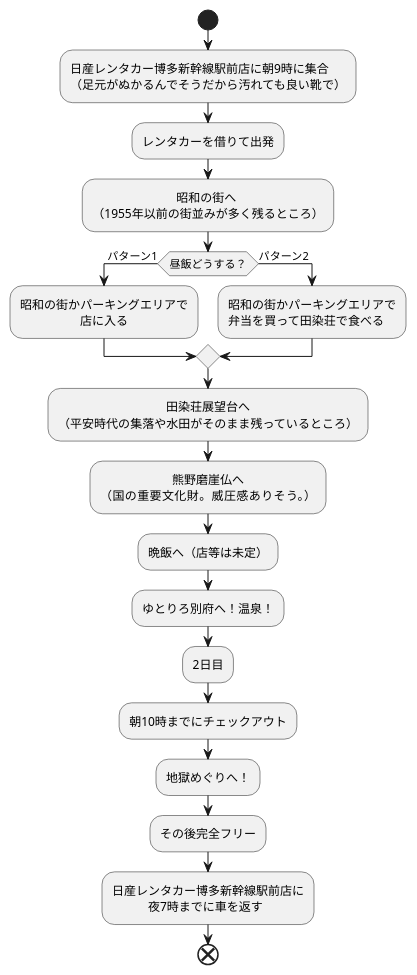
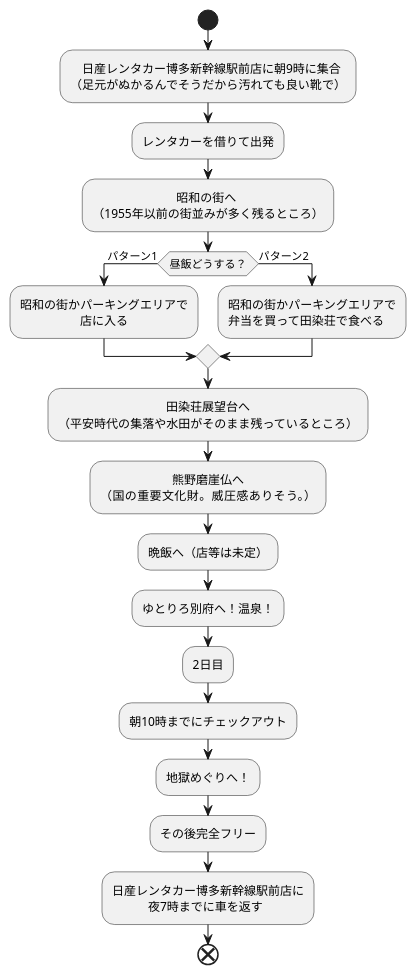
One commit to Aso2001369/2021sys-design changed the diagram in trip/trip.md. Above: the diagram before and after it, drawn with PlantUML.

````diff
--- a/trip/trip.md
+++ b/trip/trip.md
@@ -1,32 +1,32 @@
 ```uml
 @startuml
 start
 
-:日産レンタカー博多新幹線駅前店に朝9時に集合
+:　日産レンタカー博多新幹線駅前店に朝9時に集合
 （足元がぬかるんでそうだから汚れても良い靴で）;
 :レンタカーを借りて出発;
 :　　　　　　　昭和の街へ
 （1955年以前の街並みが多く残るところ）;
 if(昼飯どうする？)then(パターン1)
 :昭和の街かパーキングエリアで
 　　　　　店に入る;
 else(パターン2)
 :昭和の街かパーキングエリアで
 弁当を買って田染荘で食べる;
 endif
 :　　　　　　　　　田染荘展望台へ
 （平安時代の集落や水田がそのまま残っているところ）;
 :　　　　　　熊野磨崖仏へ
 （国の重要文化財。威圧感ありそう。）;
 :晩飯へ（店等は未定）;
 :ゆとりろ別府へ！温泉！;
 :2日目;
 :朝10時までにチェックアウト;
 :地獄めぐりへ！;
 :その後完全フリー;
 :日産レンタカー博多新幹線駅前店に
 　　　夜7時までに車を返す;
 
 end
 @enduml
 ```
````
